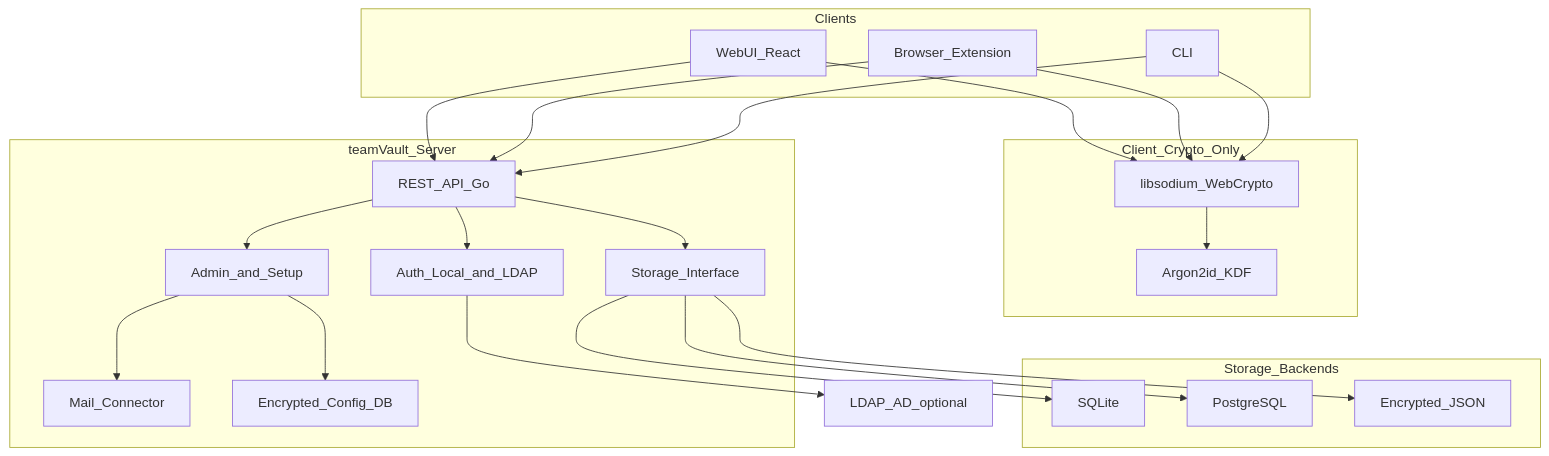
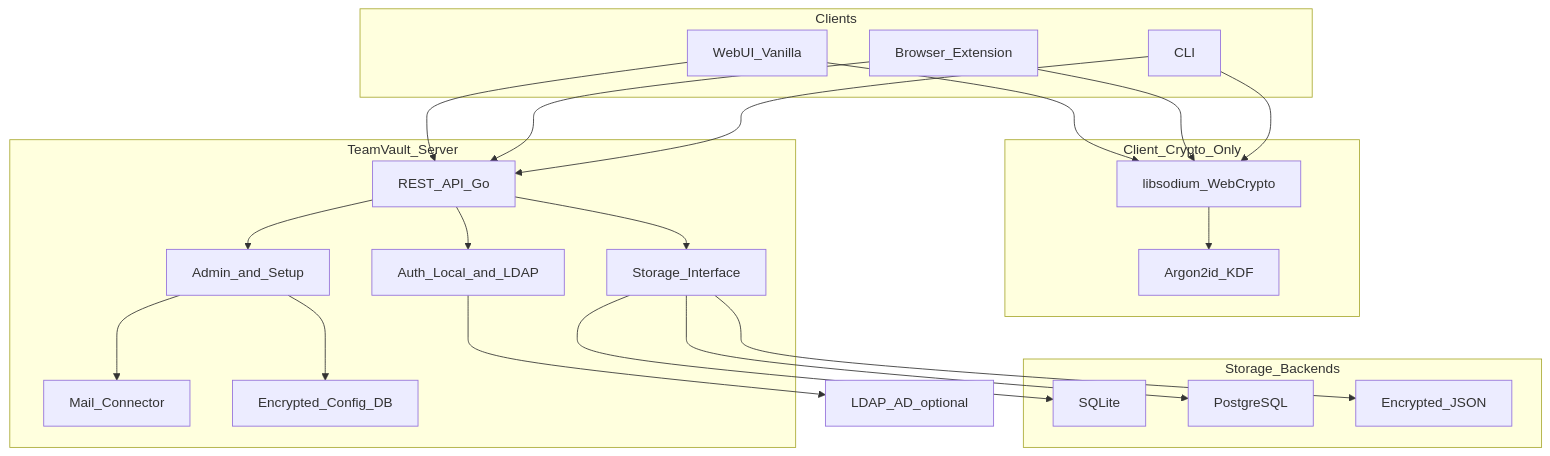
The first of 2 diagrams in docs/planning/architecture.md (TimUx/TeamVault), drawn with Mermaid before and after one commit. The commit also changed other lines of this file and 74 other files, not shown here.

````diff
--- a/docs/planning/architecture.md
+++ b/docs/planning/architecture.md
@@ -31,43 +31,43 @@
 ```mermaid
 flowchart TB
   subgraph clients [Clients]
-    WebUI[WebUI_React]
+    WebUI[WebUI_Vanilla]
     Ext[Browser_Extension]
     CLI[CLI]
   end
   subgraph crypto [Client_Crypto_Only]
     Sodium[libsodium_WebCrypto]
     Argon[Argon2id_KDF]
   end
-  subgraph server [teamVault_Server]
+  subgraph server [TeamVault_Server]
     API[REST_API_Go]
     Auth[Auth_Local_and_LDAP]
     Admin[Admin_and_Setup]
     Mail[Mail_Connector]
     StoreIface[Storage_Interface]
     ConfigDB[Encrypted_Config_DB]
   end
   subgraph backends [Storage_Backends]
     SQLite[SQLite]
     PG[PostgreSQL]
     JSON[Encrypted_JSON]
   end
   LDAP[LDAP_AD_optional]
 
   WebUI --> Sodium
   WebUI --> API
   Ext --> Sodium
   Ext --> API
   CLI --> Sodium
   CLI --> API
   Sodium --> Argon
   API --> Auth
   API --> Admin
   API --> StoreIface
   Admin --> ConfigDB
   Auth --> LDAP
   Admin --> Mail
   StoreIface --> SQLite
   StoreIface --> PG
   StoreIface --> JSON
 ```
````
